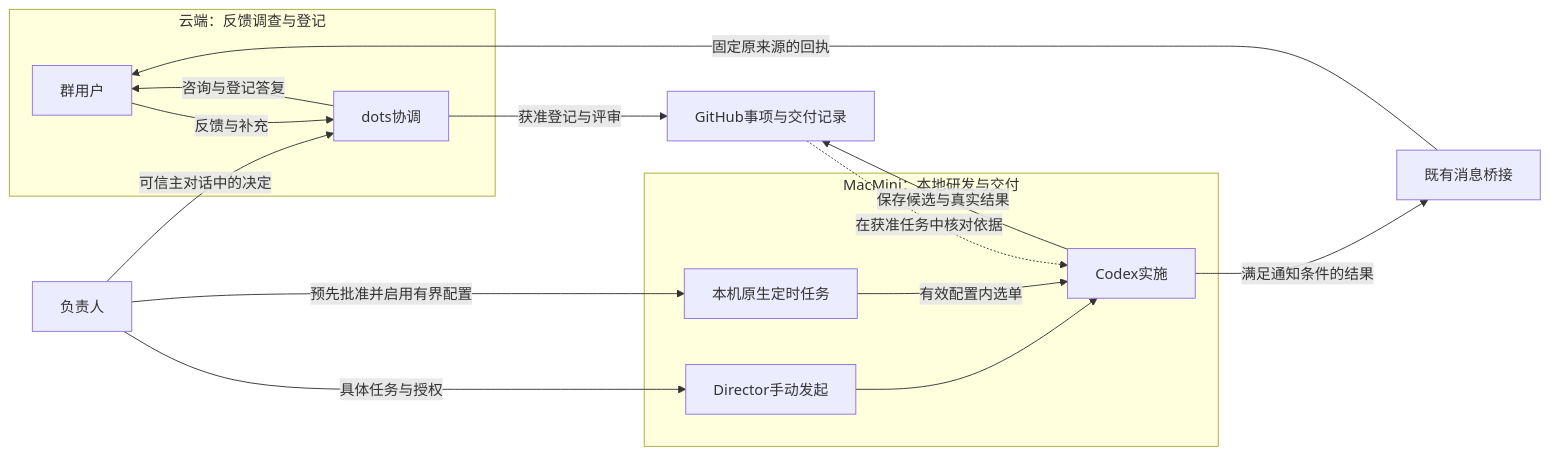
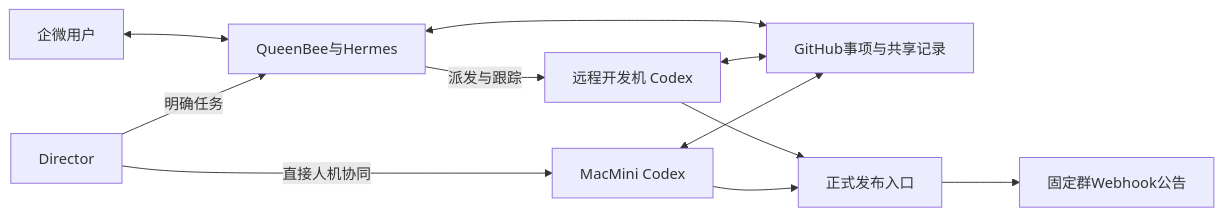
The diagram in docs/11-手册/05-自动化手册/02-角色与工具：每个参与者负责什么.md (xiiiblue/hive-flow), drawn with Mermaid before and after one commit. The commit also changed other lines of this file and 56 other files, not shown here.

````diff
--- a/docs/11-手册/05-自动化手册/02-角色与工具：每个参与者负责什么.md
+++ b/docs/11-手册/05-自动化手册/02-角色与工具：每个参与者负责什么.md
@@ -30,19 +25,13 @@
 ```mermaid
 flowchart LR
-  subgraph CLOUD[云端：反馈调查与登记]
-    U[群用户] -->|反馈与补充| D[dots协调]
-    D -->|咨询与登记答复| U
-  end
-  subgraph MAC[MacMini：本地研发与交付]
-    M[Director手动发起] --> C[Codex实施]
-    T[本机原生定时任务] -->|有效配置内选单| C
-  end
-  O[负责人] -->|可信主对话中的决定| D
-  O -->|具体任务与授权| M
-  O -->|预先批准并启用有界配置| T
-  D -->|获准登记与评审| G[GitHub事项与交付记录]
-  G -.->|在获准任务中核对依据| C
-  C -->|保存候选与真实结果| G
-  C -->|满足通知条件的结果| R[既有消息桥接]
-  R -->|固定原来源的回执| U
+  U[企微用户] <--> Q[QueenBee与Hermes]
+  D[Director] -->|明确任务| Q
+  Q -->|派发与跟踪| R[远程开发机 Codex]
+  D -->|直接人机协同| M[MacMini Codex]
+  Q <--> G[GitHub事项与共享记录]
+  R <--> G
+  M <--> G
+  R --> P[正式发布入口]
+  M --> P
+  P --> W[固定群Webhook公告]
 ```
````
